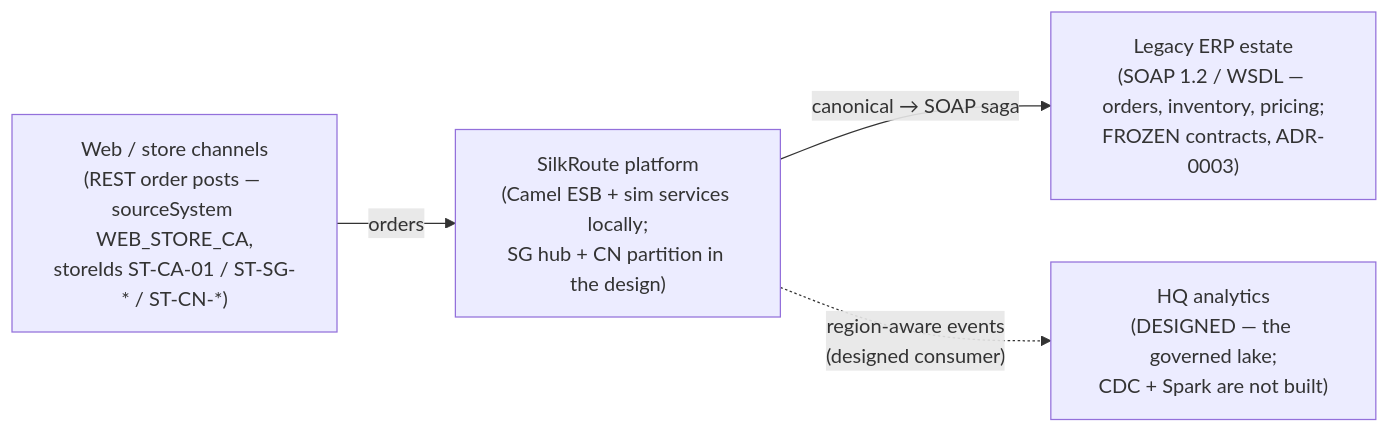
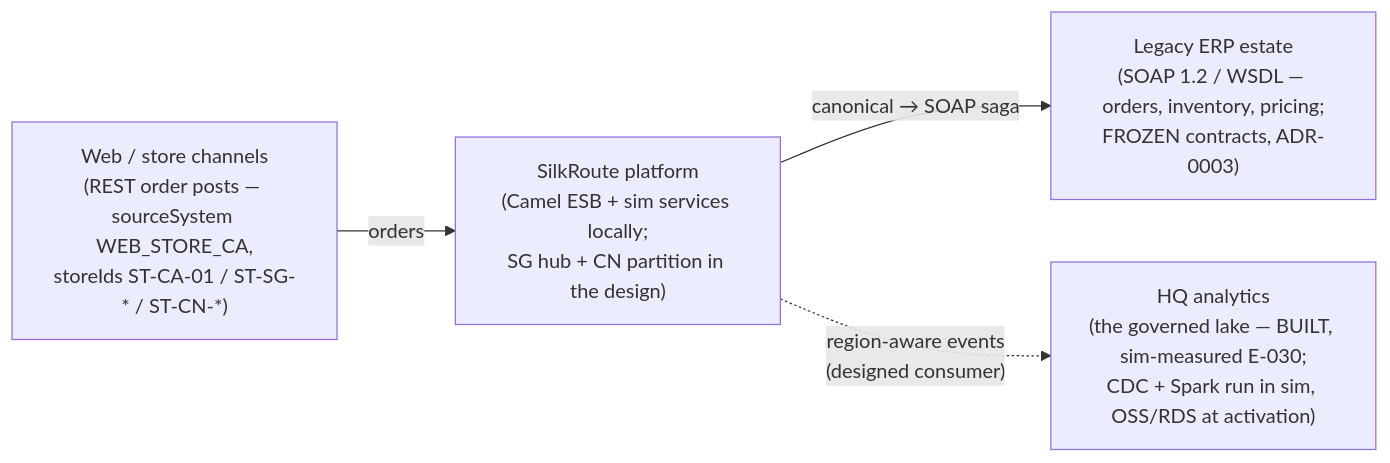
Before and after one commit to xenoaitham/silkroute: the first of 3 diagrams in docs/hld.md, drawn with Mermaid. The commit also changed other lines of this file and 15 other files, not shown here.

Commit message:
docs flip to the built data plane; freshness slo measured; labels swept

````diff
--- a/docs/hld.md
+++ b/docs/hld.md
@@ -23,11 +23,11 @@
 ```mermaid
 flowchart LR
     ch1["Web / store channels<br/>(REST order posts — sourceSystem WEB_STORE_CA,<br/>storeIds ST-CA-01 / ST-SG-* / ST-CN-*)"]
-    ch2["HQ analytics<br/>(DESIGNED — the governed lake;<br/>CDC + Spark are not built)"]
+    ch2["HQ analytics<br/>(the governed lake — BUILT, sim-measured E-030;<br/>CDC + Spark run in sim, OSS/RDS at activation)"]
     platform["SilkRoute platform<br/>(Camel ESB + sim services locally;<br/>SG hub + CN partition in the design)"]
     erp["Legacy ERP estate<br/>(SOAP 1.2 / WSDL — orders, inventory, pricing;<br/>FROZEN contracts, ADR-0003)"]
 
     ch1 -->|"orders"| platform
     platform -->|"canonical → SOAP saga"| erp
     platform -.->|"region-aware events<br/>(designed consumer)"| ch2
 ```
````
